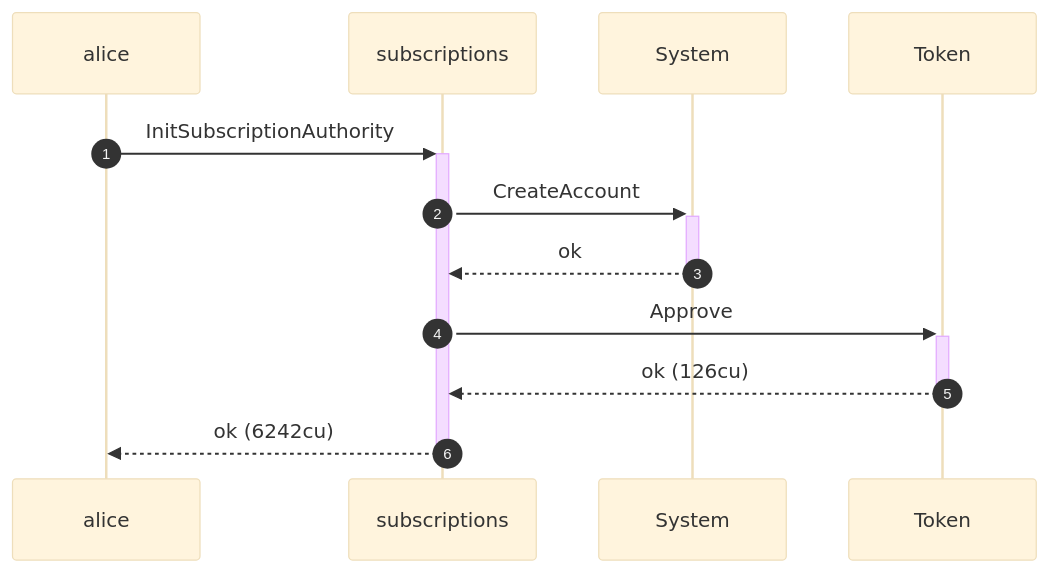
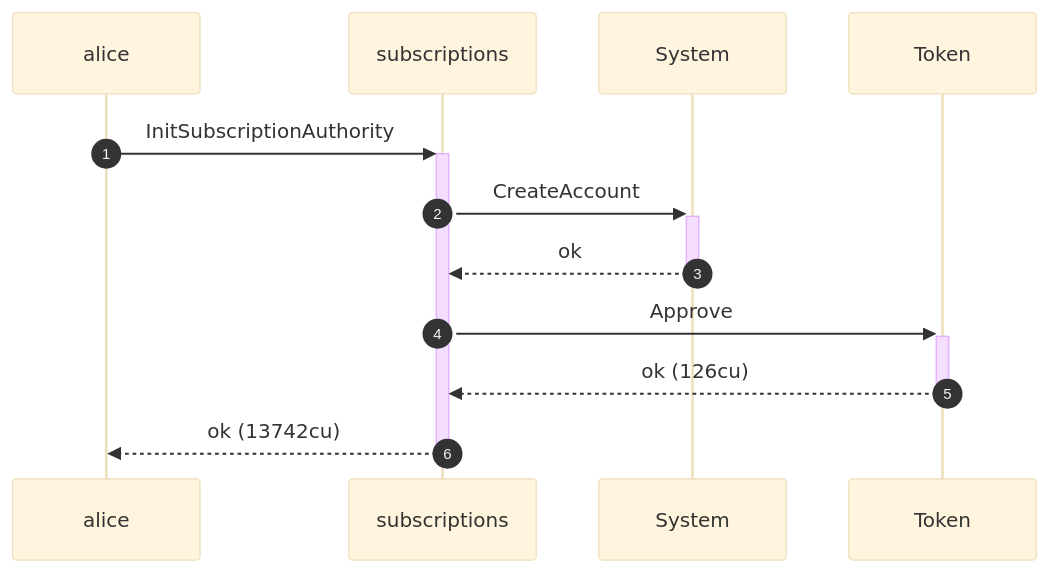
Before and after one commit to cds-rs/subscriptions: the second of 8 diagrams in dsl_tests/subscribe-without-an-authority.md, drawn with Mermaid (base theme). The commit also changed other lines of this file and 224 other files, not shown here.

````diff
--- a/dsl_tests/subscribe-without-an-authority.md
+++ b/dsl_tests/subscribe-without-an-authority.md
@@ -38,14 +39,14 @@
 ```mermaid
 sequenceDiagram
     autonumber
     participant alice
     participant subscriptions
     participant System
     participant Token
     alice ->>+ subscriptions: InitSubscriptionAuthority
     subscriptions ->>+ System: CreateAccount
     System -->>- subscriptions: ok
     subscriptions ->>+ Token: Approve
     Token -->>- subscriptions: ok (126cu)
-    subscriptions -->>- alice: ok (6242cu)
+    subscriptions -->>- alice: ok (13742cu)
 ```
````
